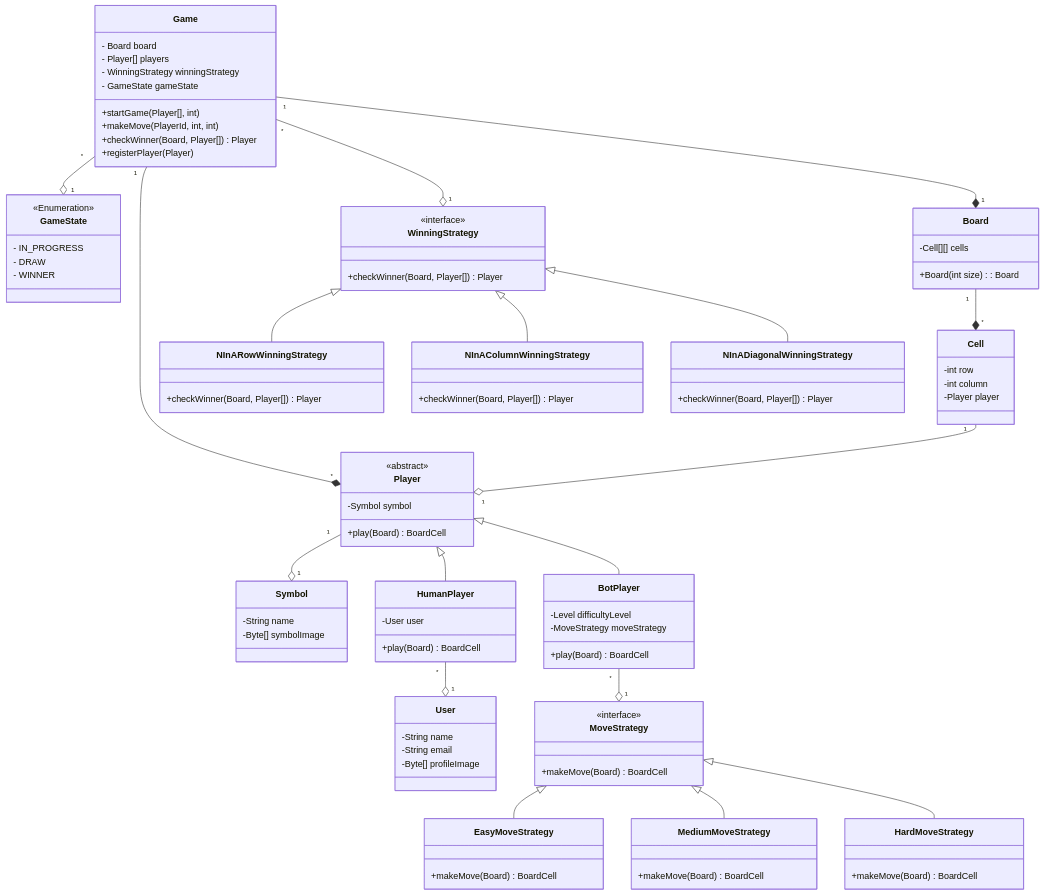
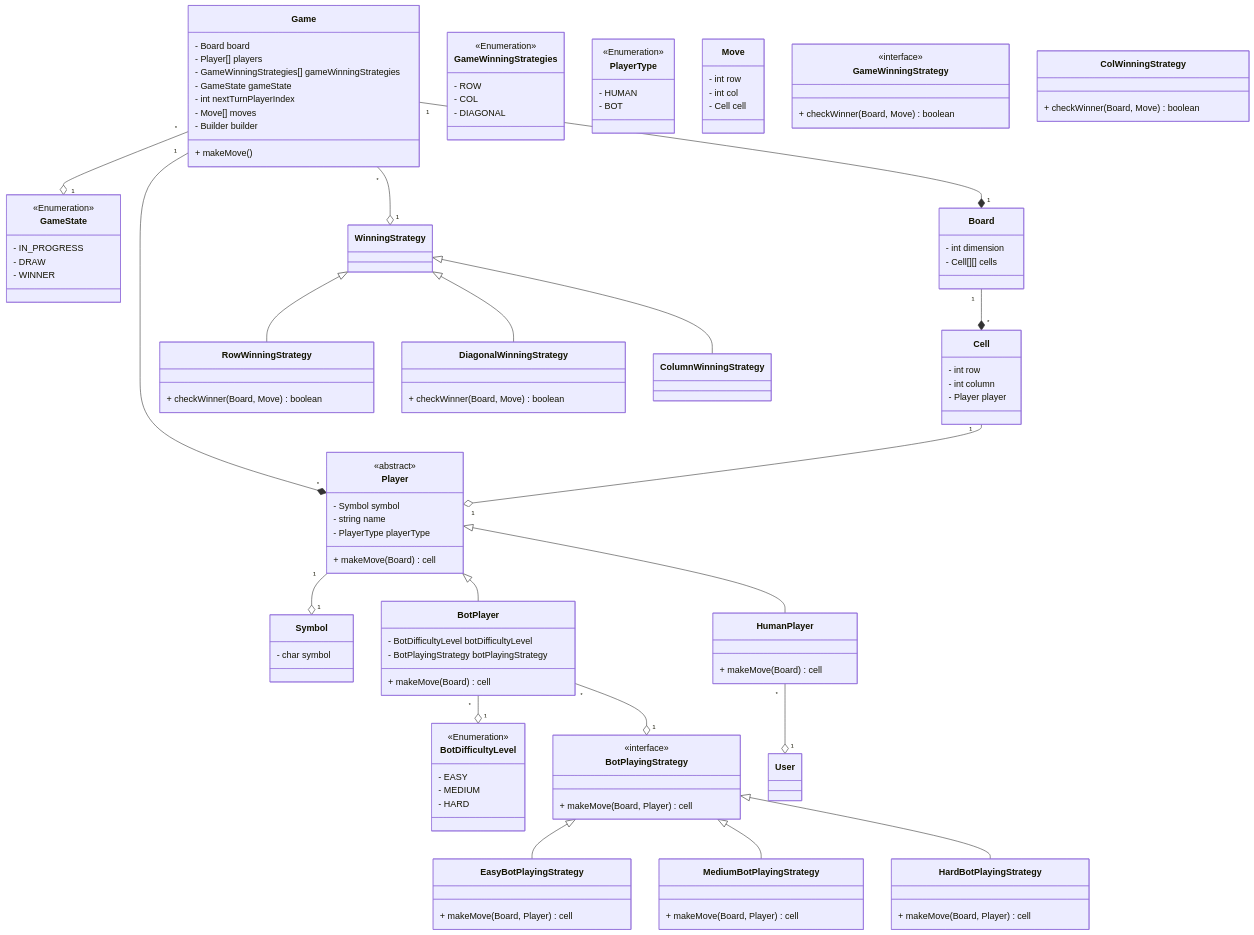
Before and after one commit to kk-engineer/low-level-design: the diagram in tic_tac_toe/design_tic_tac_toe.md, drawn with Mermaid. The commit also changed other lines of this file, not shown here.

Commit message:
Update class diagram

````diff
--- a/tic_tac_toe/design_tic_tac_toe.md
+++ b/tic_tac_toe/design_tic_tac_toe.md
@@ -75,12 +75,12 @@
   class Game {
     - Board board
     - Player[] players
-    - WinningStrategy winningStrategy
+    - GameWinningStrategies[] gameWinningStrategies
     - GameState gameState
-    +startGame(Player[], int)
-    +makeMove(PlayerId, int, int)
-    +checkWinner(Board, Player[]) Player
-    +registerPlayer(Player)
+    - int nextTurnPlayerIndex
+    - Move[] moves
+    - Builder builder
+    + makeMove()
   }
 
   class GameState {
@@ -90,97 +90,116 @@
     - WINNER
   }
 
-    class Board {
-    -Cell[][] cells
-    +Board(int size) : Board
+  class GameWinningStrategies {
+    <<Enumeration>>
+    - ROW
+    - COL
+    - DIAGONAL
+  }
+
+  class Board {
+    - int dimension
+    - Cell[][] cells
   }
 
   class Cell {
-    -int row
-    -int column
-    -Player player
-  }
-
-  class Symbol {
-    -String name
-    -Byte[] symbolImage
+    - int row
+    - int column
+    - Player player
   }
 
   class Player {
     <<abstract>>
-    -Symbol symbol
-    +play(Board) BoardCell
+    - Symbol symbol
+    - string name
+    - PlayerType playerType
+    + makeMove(Board) cell
+  }
+
+  class Symbol {
+    - char symbol
+  }
+
+  class PlayerType {
+    <<Enumeration>>
+    - HUMAN
+    - BOT
   }
 
   class HumanPlayer {
-    -User user
-    +play(Board) BoardCell
-  }
-
-  class User {
-    -String name
-    -String email
-    -Byte[] profileImage
+    + makeMove(Board) cell
   }
 
   class BotPlayer {
-    -Level difficultyLevel
-    -MoveStrategy moveStrategy
-    +play(Board) BoardCell
+    - BotDifficultyLevel botDifficultyLevel
+    - BotPlayingStrategy botPlayingStrategy
+    + makeMove(Board) cell
   }
 
-    class MoveStrategy {
-        <<interface>>
-        +makeMove(Board) BoardCell
-    }
+  class BotDifficultyLevel {
+    <<Enumeration>>
+    - EASY
+    - MEDIUM
+    - HARD
+  }
 
-    class EasyMoveStrategy {
-        +makeMove(Board) BoardCell
-    }
+  class Move {
+    - int row
+    - int col
+    - Cell cell
+  }
+  class GameWinningStrategy {
+      <<interface>>
+      + checkWinner(Board, Move) boolean
+  }
 
-    class MediumMoveStrategy {
-        +makeMove(Board) BoardCell
-    }
+  class RowWinningStrategy {
+      + checkWinner(Board, Move) boolean
+  }
 
-    class HardMoveStrategy {
-        +makeMove(Board) BoardCell
-    }
+  class ColWinningStrategy {
+      + checkWinner(Board, Move) boolean
+  }
+
+  class DiagonalWinningStrategy {
+      + checkWinner(Board, Move) boolean
+  }
+
+  class BotPlayingStrategy {
+    <<interface>>
+    + makeMove(Board, Player) cell
+  }
+
+  class EasyBotPlayingStrategy {
+    + makeMove(Board, Player) cell
+  }
+
+  class MediumBotPlayingStrategy {
+    + makeMove(Board, Player) cell
+  }
+
+  class HardBotPlayingStrategy {
+    + makeMove(Board, Player) cell
+  }
 
   Game "1" --* "*" Player
   Game "*" --o "1" GameState
-    Game "1" --* "1" Board
-    Board "1" --* "*" Cell
-    Cell "1" --o "1" Player
-    Player "1" --o "1" Symbol
+  Game "1" --* "1" Board
+  Board "1" --* "*" Cell
+  Cell "1" --o "1" Player
+  Player "1" --o "1" Symbol
   HumanPlayer "*" --o "1" User
   Player <|-- HumanPlayer
   Player <|-- BotPlayer
-  BotPlayer "*" --o "1" MoveStrategy
-  MoveStrategy <|-- EasyMoveStrategy
-  MoveStrategy <|-- MediumMoveStrategy
-  MoveStrategy <|-- HardMoveStrategy
+  BotPlayer "*" --o "1" BotPlayingStrategy
+  BotPlayer "*" --o "1" BotDifficultyLevel
+  BotPlayingStrategy <|-- EasyBotPlayingStrategy
+  BotPlayingStrategy <|-- MediumBotPlayingStrategy
+  BotPlayingStrategy <|-- HardBotPlayingStrategy
 
-
-  class WinningStrategy {
-    <<interface>>
-    +checkWinner(Board, Player[]) Player
-  }
-
-    class NInARowWinningStrategy {
-        +checkWinner(Board, Player[]) Player
-    }
-
-    class NInAColumnWinningStrategy {
-        +checkWinner(Board, Player[]) Player
-    }
-
-    class NInADiagonalWinningStrategy {
-        +checkWinner(Board, Player[]) Player
-    }
-
-    Game "*" --o "1" WinningStrategy
-    WinningStrategy <|-- NInARowWinningStrategy
-    WinningStrategy <|-- NInAColumnWinningStrategy
-    WinningStrategy <|-- NInADiagonalWinningStrategy
+  Game "*" --o "1" WinningStrategy
+  WinningStrategy <|-- RowWinningStrategy
+  WinningStrategy <|-- ColumnWinningStrategy
+  WinningStrategy <|-- DiagonalWinningStrategy
 
 ```
````
